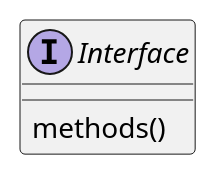
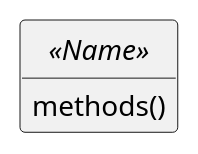
Before and after one commit to Chitlangia-Vedant/Obsidian: the third of 3 diagrams in System Design/04. UML (Unified Modelling Language) Diagram.md, drawn with PlantUML.

Commit message:
vault backup: 2026-09-17 13:24:59

````diff
--- a/System Design/04. UML (Unified Modelling Language) Diagram.md
+++ b/System Design/04. UML (Unified Modelling Language) Diagram.md
@@ -38,9 +38,9 @@
 ```plantuml
 @startuml 
-interface "Interface" 
-{ 
-	methods() 
+hide empty members
+hide circle
+interface "<<Name>>" { 
+    methods()
 } 
-
 @enduml
 ```
````
